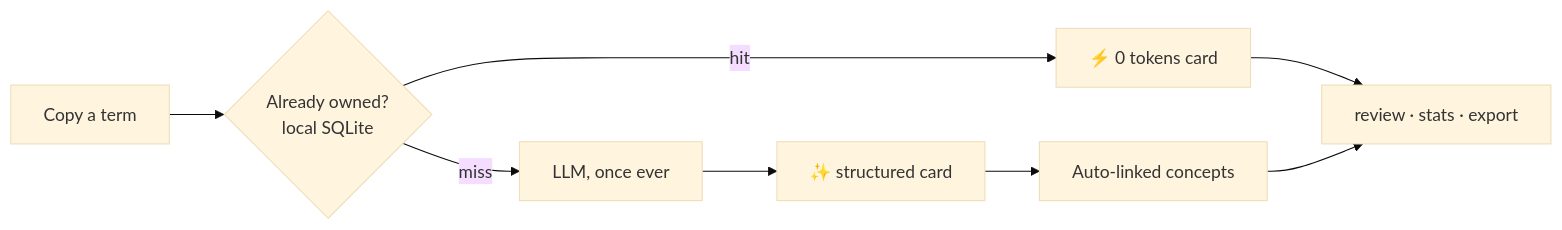
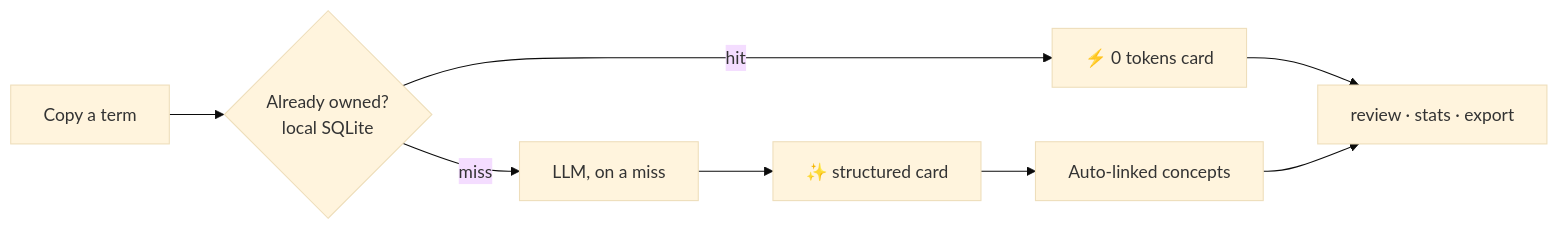
The diagram in README.md (zhengqiuyang/gloss), drawn with Mermaid (base theme) before and after one commit. The commit also changed other lines of this file and 9 other files, not shown here.

````diff
--- a/README.md
+++ b/README.md
@@ -104,10 +106,10 @@
 ```mermaid
 flowchart LR
     A["Copy a term"] --> B{"Already owned?<br/>local SQLite"}
     B -- "hit" --> C["⚡ 0 tokens card"]
-    B -- "miss" --> D["LLM, once ever"]
+    B -- "miss" --> D["LLM, on a miss"]
     D --> E["✨ structured card"]
     E --> F["Auto-linked concepts"]
     C --> G["review · stats · export"]
     F --> G
 ```
````
